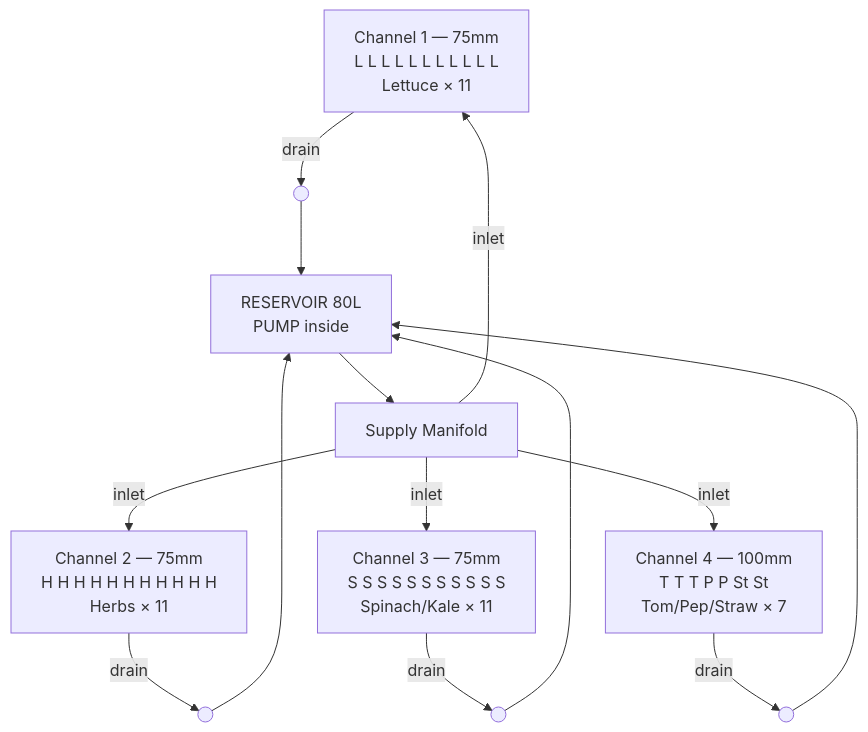
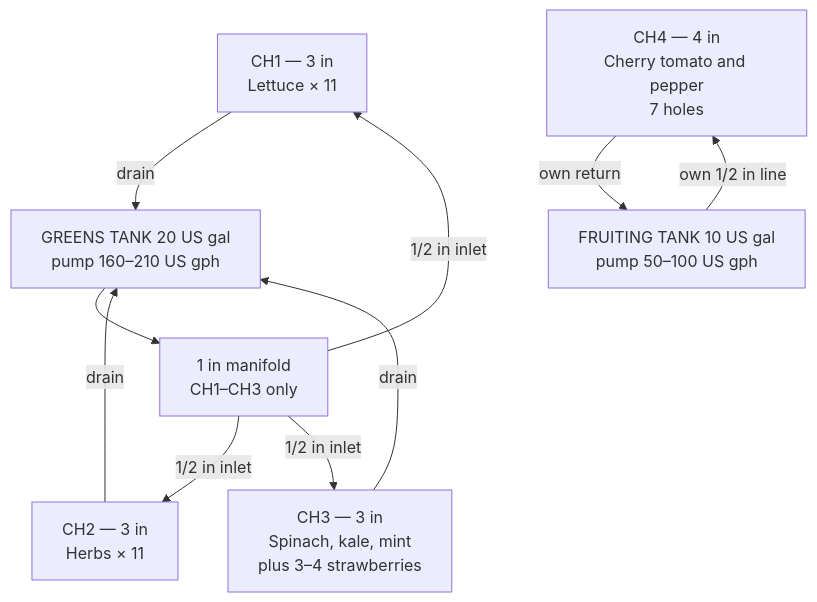
Before and after one commit to UncleJS/guide_hydroponics: the first of 17 diagrams in guide/nft/11-build-guide.md, drawn with Mermaid. The commit also changed other lines of this file and 35 other files, not shown here.

````diff
--- a/guide/nft/11-build-guide.md
+++ b/guide/nft/11-build-guide.md
@@ -88,19 +88,19 @@
 ```mermaid
 flowchart TB
-    CH1["Channel 1 — 75mm<br/>L L L L L L L L L L L<br/>Lettuce × 11"]
-    CH2["Channel 2 — 75mm<br/>H H H H H H H H H H H<br/>Herbs × 11"]
-    CH3["Channel 3 — 75mm<br/>S S S S S S S S S S S<br/>Spinach/Kale × 11"]
-    CH4["Channel 4 — 100mm<br/>T T T P P St St<br/>Tom/Pep/Straw × 7"]
-    RES["RESERVOIR 80L<br/>PUMP inside"]
-    MAN["Supply Manifold"]
-    CH1 -->|drain| DH1(( ))
-    CH2 -->|drain| DH2(( ))
-    CH3 -->|drain| DH3(( ))
-    CH4 -->|drain| DH4(( ))
-    DH1 & DH2 & DH3 & DH4 --> RES
-    RES --> MAN
-    MAN -->|inlet| CH1
-    MAN -->|inlet| CH2
-    MAN -->|inlet| CH3
-    MAN -->|inlet| CH4
+    CH1["CH1 — 3 in<br/>Lettuce × 11"]
+    CH2["CH2 — 3 in<br/>Herbs × 11"]
+    CH3["CH3 — 3 in<br/>Spinach, kale, mint<br/>plus 3–4 strawberries"]
+    CH4["CH4 — 4 in<br/>Cherry tomato and pepper<br/>7 holes"]
+    GRES["GREENS TANK 20 US gal<br/>pump 160–210 US gph"]
+    FRES["FRUITING TANK 10 US gal<br/>pump 50–100 US gph"]
+    MAN["1 in manifold<br/>CH1–CH3 only"]
+    CH1 -->|drain| GRES
+    CH2 -->|drain| GRES
+    CH3 -->|drain| GRES
+    CH4 -->|own return| FRES
+    GRES --> MAN
+    MAN -->|1/2 in inlet| CH1
+    MAN -->|1/2 in inlet| CH2
+    MAN -->|1/2 in inlet| CH3
+    FRES -->|own 1/2 in line| CH4
 ```
````
